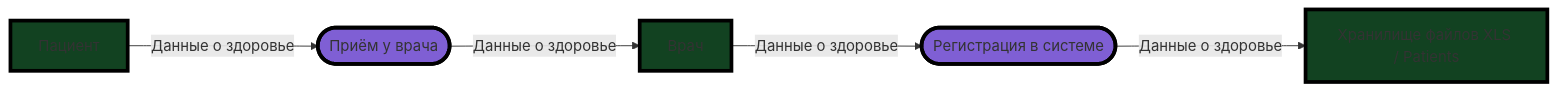
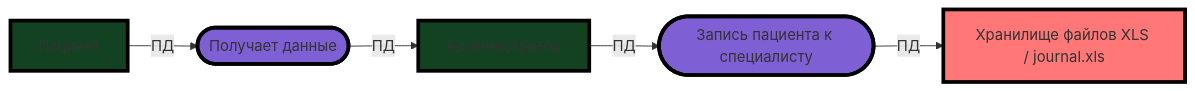
One commit to belyaev-a-g/architecture-medikamente changed the fourth of 9 diagrams in Task_1/Readme.md. Above: the diagram before and after it, drawn with Mermaid. The commit also changed other lines of this file, not shown here.

````diff
--- a/Task_1/Readme.md
+++ b/Task_1/Readme.md
@@ -76,11 +77,12 @@
 ```mermaid
 flowchart LR
     classDef action fill:#7F5FD4, stroke:#000, stroke-width:4px
     classDef entity fill:#124221, stroke:#000, stroke-width:4px
+    classDef share fill:#FF7777 , stroke:#000, stroke-width:4px
     pacient[Пациент]:::entity
-    doctor[Врач]:::entity
-    xls_share[Хранилище файлов XLS / Patients]:::entity
-    consult([Приём у врача]):::action
-    register([Регистрация в системе]):::action
-    pacient--"Данные о здоровье"--> consult--"Данные о здоровье"--> doctor--"Данные о здоровье"--> register--"Данные о здоровье"-->xls_share
+    admin[Администратор]:::entity
+    xls_share[Хранилище файлов XLS / journal.xls]:::share
+    register([Запись пациента к специалисту]):::action
+    get([Получает данные]):::action
+    pacient--"ПД"--> get--"ПД"--> admin --"ПД"--> register--"ПД"-->xls_share
 ```
````
